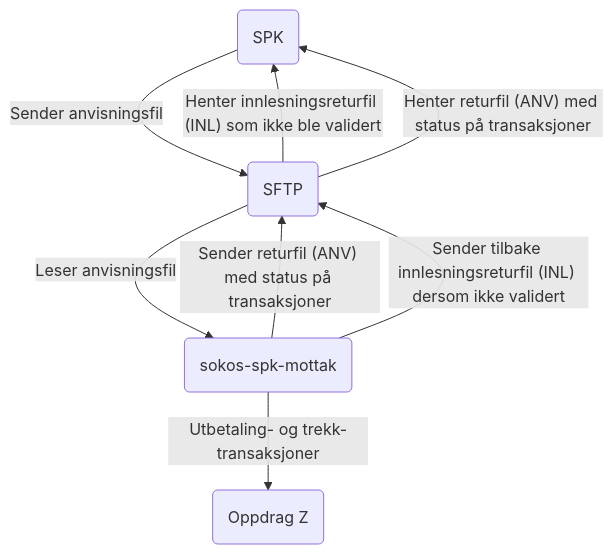
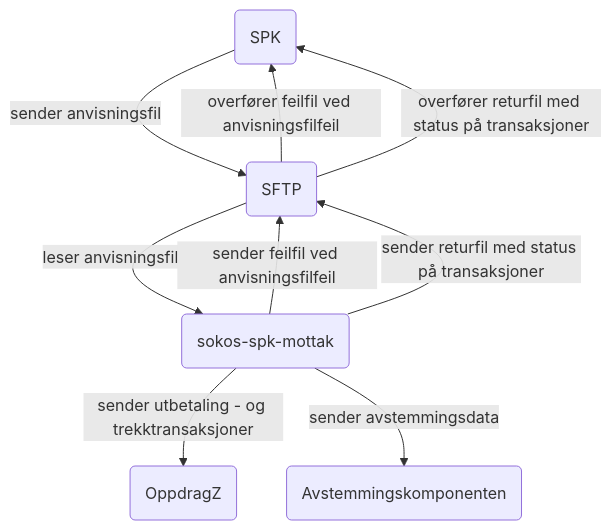
One commit to navikt/sokos-spk-mottak changed the diagram in dokumentasjon/løsningsbeskrivelse/overordnet/flowchart.md. Above: the diagram before and after it, drawn with Mermaid. The commit also changed 14 other files, not shown here.

Commit message:
revisjon av flowchart, overordnet og avhengighetskart og nye detaljerte tjenestebeskivelser

`````diff
--- a/dokumentasjon/løsningsbeskrivelse/overordnet/flowchart.md
+++ b/dokumentasjon/løsningsbeskrivelse/overordnet/flowchart.md
@@ -1,14 +1,16 @@
 ````mermaid
 flowchart TB
     spk("SPK")
     sftp("SFTP")
     mottak("sokos-spk-mottak")
-    oppdragZ("Oppdrag Z")
-    spk -- Sender anvisningsfil --> sftp
-    sftp -- Henter innlesningsreturfil (INL) som ikke ble validert --> spk
-    sftp -- Henter returfil (ANV) med status på transaksjoner --> spk
-    sftp -- Leser anvisningsfil --> mottak
-    mottak -- Utbetaling- og trekk-transaksjoner --> oppdragZ
-    mottak -- Sender returfil (ANV) med status på transaksjoner --> sftp
-    mottak -- Sender tilbake innlesningsreturfil (INL) dersom ikke validert --> sftp
+    oppdragZ("OppdragZ")
+    avstemming("Avstemmingskomponenten")
+    spk -- sender anvisningsfil --> sftp
+    sftp -- overfører feilfil ved anvisningsfilfeil --> spk
+    sftp -- overfører returfil med status på transaksjoner --> spk
+    sftp -- leser anvisningsfil --> mottak
+    mottak -- sender utbetaling - og trekktransaksjoner --> oppdragZ
+    mottak -- sender feilfil ved anvisningsfilfeil --> sftp
+    mottak -- sender returfil med status på transaksjoner --> sftp
+    mottak -- sender avstemmingsdata --> avstemming
 ````
`````
